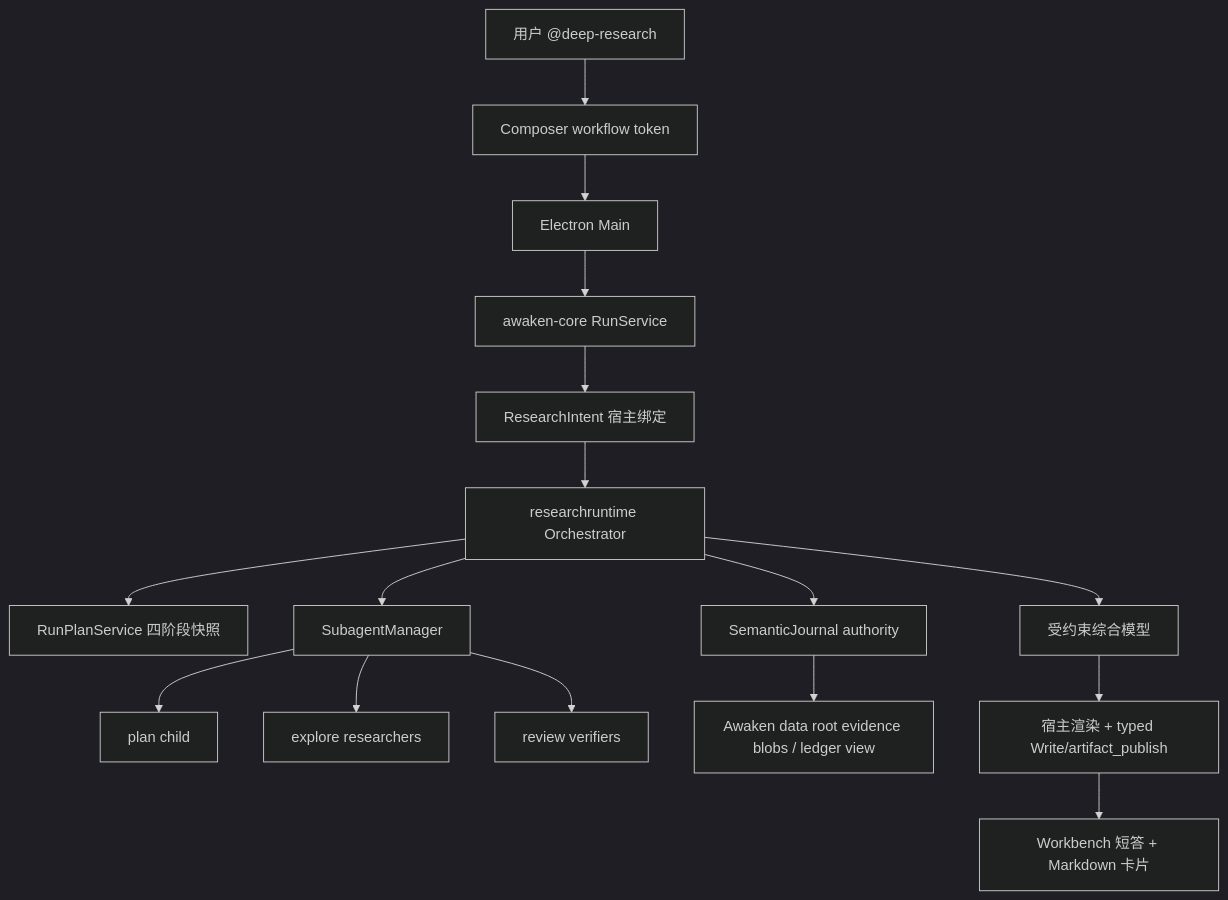
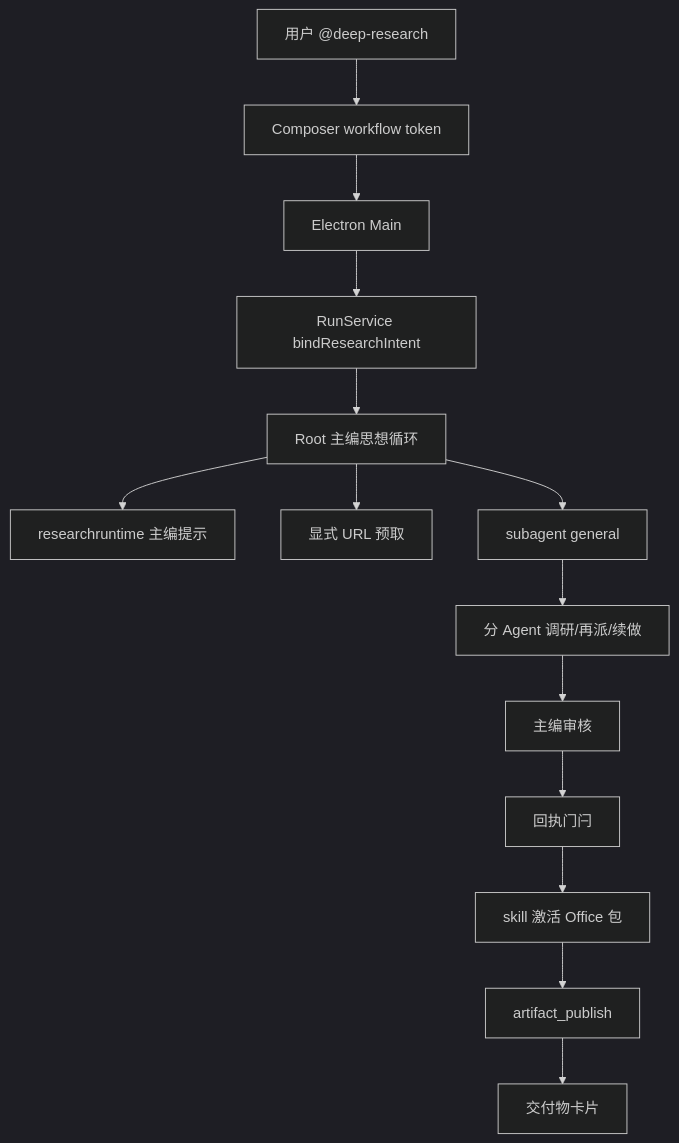
One commit to NolanGrant556/Awaken changed the diagram in docs/16_深度研究/研究报告/实现方案.md. Above: the diagram before and after it, drawn with Mermaid (dark theme). The commit also changed other lines of this file and 32 other files, not shown here.

````diff
--- a/docs/16_深度研究/研究报告/实现方案.md
+++ b/docs/16_深度研究/研究报告/实现方案.md
@@ -48,18 +35,16 @@
 ```mermaid
 flowchart TD
   User["用户 @deep-research"] --> Composer["Composer workflow token"]
   Composer --> Main["Electron Main"]
-  Main --> Core["awaken-core RunService"]
-  Core --> Intent["ResearchIntent 宿主绑定"]
-  Intent --> RR["researchruntime Orchestrator"]
-  RR --> PlanStep["RunPlanService 四阶段快照"]
-  RR --> SM["SubagentManager"]
-  SM --> PlanSA["plan child"]
-  SM --> ExplSA["explore researchers"]
-  SM --> RevSA["review verifiers"]
-  RR --> Journal["SemanticJournal authority"]
-  Journal --> Evidence["Awaken data root evidence blobs / ledger view"]
-  RR --> Synth["受约束综合模型"]
-  Synth --> Publisher["宿主渲染 + typed Write/artifact_publish"]
-  Publisher --> Desktop["Workbench 短答 + Markdown 卡片"]
+  Main --> Core["RunService bindResearchIntent"]
+  Core --> Root["Root 主编思想循环"]
+  Root --> Prompt["researchruntime 主编提示"]
+  Root --> Prefetch["显式 URL 预取"]
+  Root --> Sub["subagent general"]
+  Sub --> Field["分 Agent 调研/再派/续做"]
+  Field --> Review["主编审核"]
+  Review --> Gate["回执门闩"]
+  Gate --> Skill["skill 激活 Office 包"]
+  Skill --> Pub["artifact_publish"]
+  Pub --> Desktop["交付物卡片"]
 ```
````
